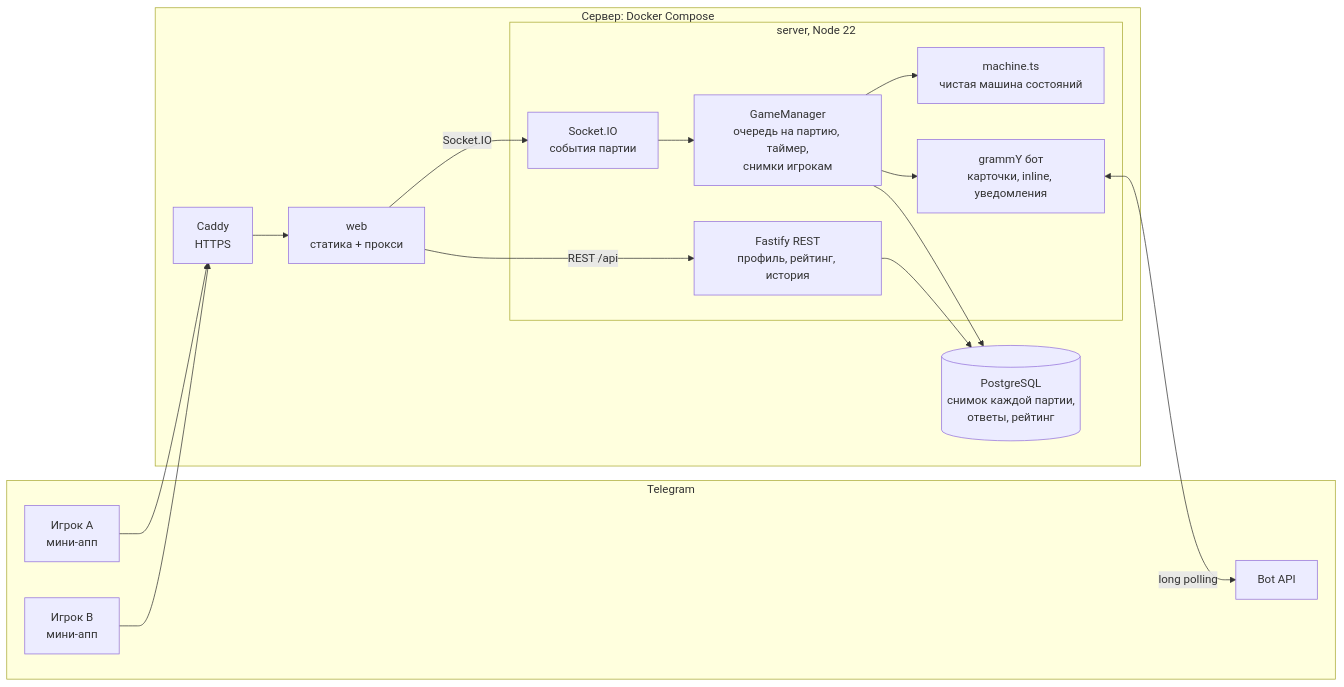
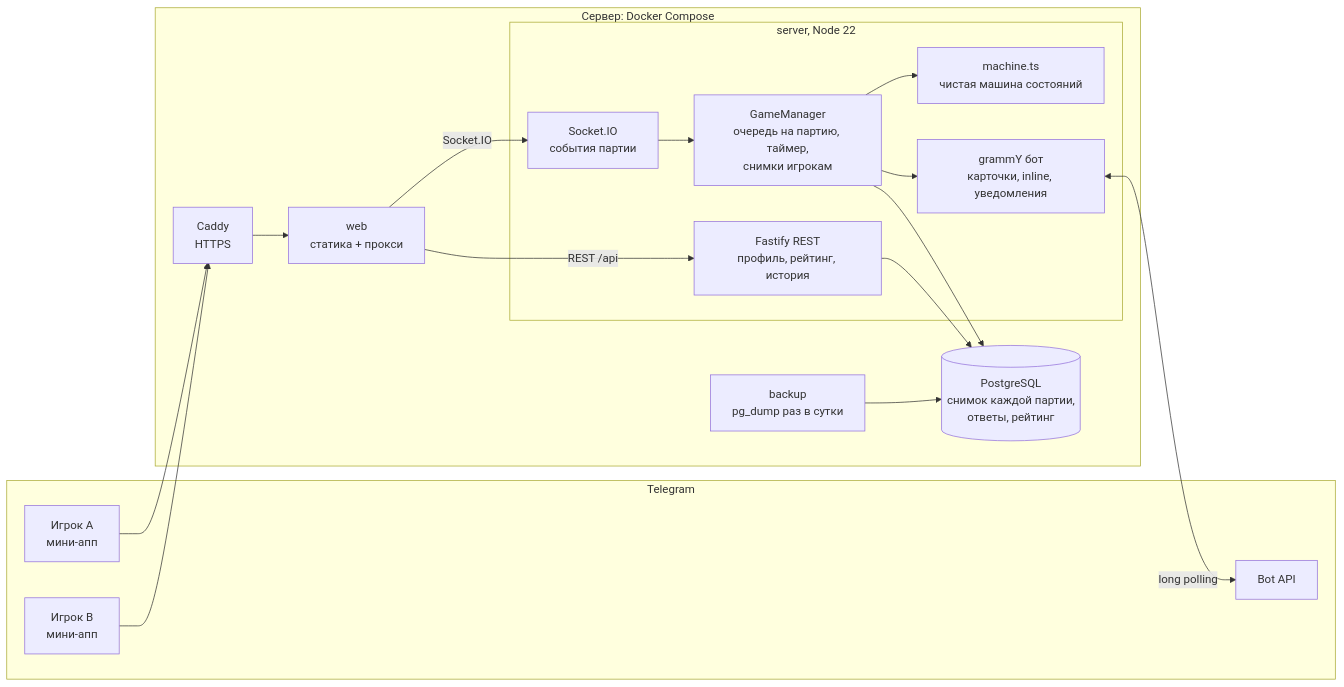
One commit to ilyaremix/quiz-duel changed the first of 2 diagrams in README.md. Above: the diagram before and after it, drawn with Mermaid. The commit also changed other lines of this file and 4 other files, not shown here.

````diff
--- a/README.md
+++ b/README.md
@@ -71,27 +85,28 @@
 ```mermaid
 flowchart LR
   subgraph TG["Telegram"]
     A["Игрок A<br/>мини-апп"]
     B["Игрок B<br/>мини-апп"]
     BA["Bot API"]
   end
   subgraph H["Сервер: Docker Compose"]
     C["Caddy<br/>HTTPS"] --> W["web<br/>статика + прокси"]
     W -- "REST /api" --> F
     W -- "Socket.IO" --> IO
     subgraph S["server, Node 22"]
       F["Fastify REST<br/>профиль, рейтинг, история"]
       IO["Socket.IO<br/>события партии"]
       GM["GameManager<br/>очередь на партию, таймер,<br/>снимки игрокам"]
       M["machine.ts<br/>чистая машина состояний"]
       BOT["grammY бот<br/>карточки, inline, уведомления"]
       IO --> GM --> M
       GM --> BOT
     end
     GM --> P[("PostgreSQL<br/>снимок каждой партии,<br/>ответы, рейтинг")]
     F --> P
+    BK["backup<br/>pg_dump раз в сутки"] --> P
   end
   A --> C
   B --> C
   BOT <-- "long polling" --> BA
 ```
````
